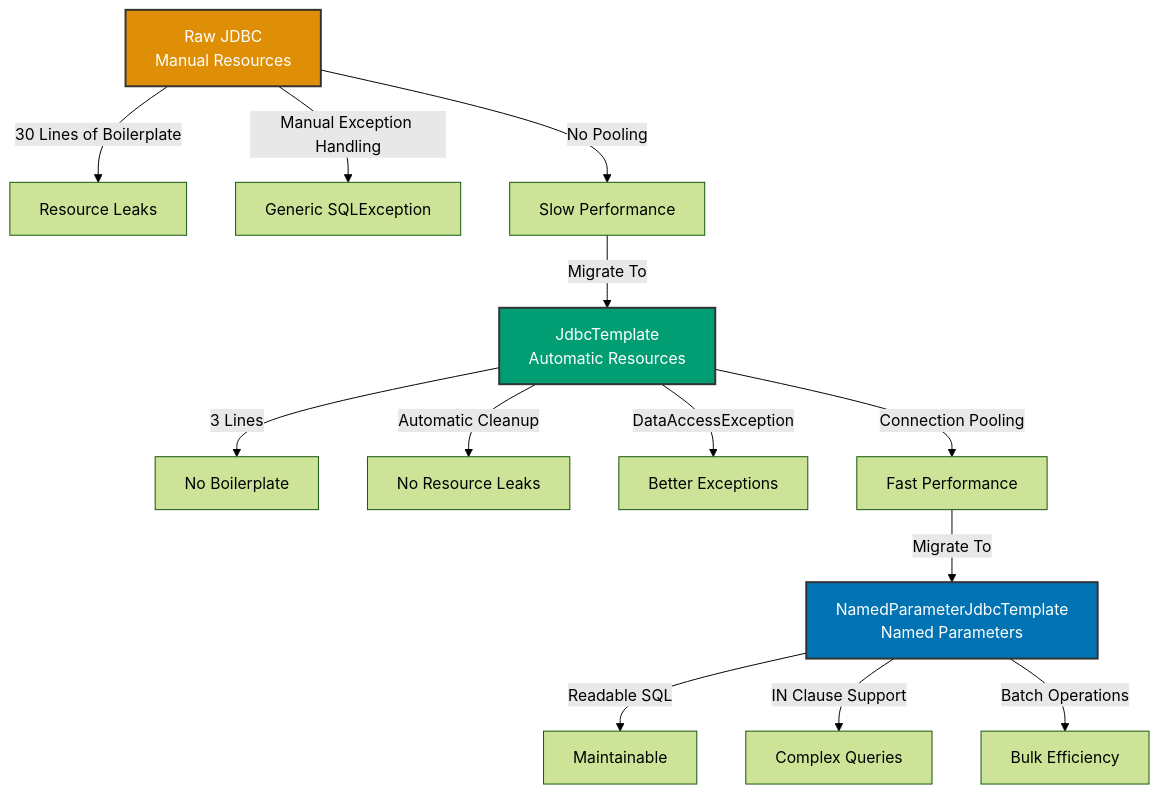
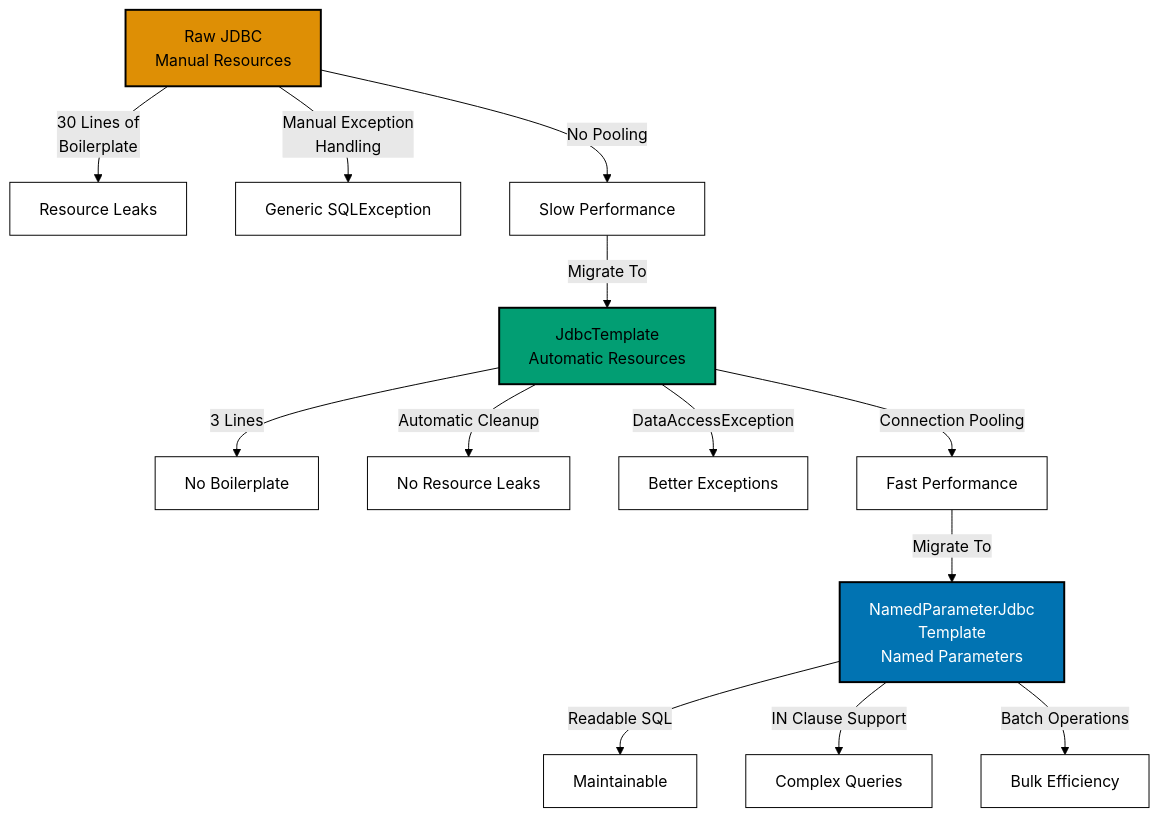
Before and after one commit to wahidyankf/ose-public: the diagram in apps/ayokoding-www/content/en/learn/legacy/software-engineering/platforms/web/tools/jvm-spring/in-the-field/spring-jdbc.md, drawn with Mermaid (forest theme). The commit also changed 130 other files, not shown here.

First line of the commit message:
fix(mermaid): bring the legacy platforms diagrams onto the accessible palette

````diff
--- a/apps/ayokoding-www/content/en/learn/legacy/software-engineering/platforms/web/tools/jvm-spring/in-the-field/spring-jdbc.md
+++ b/apps/ayokoding-www/content/en/learn/legacy/software-engineering/platforms/web/tools/jvm-spring/in-the-field/spring-jdbc.md
@@ -371,21 +371,27 @@
 ```mermaid
 graph TD
-    A[Raw JDBC<br/>Manual Resources] -->|30 Lines of Boilerplate| B[Resource Leaks]
-    A -->|Manual Exception Handling| C[Generic SQLException]
+    accTitle: Progression Diagram
+    accDescr: Graph with 13 nodes and 12 connections. Nodes: Raw JDBC Manual Resources, Resource Leaks, Generic SQLException, Slow Performance, JdbcTemplate Automatic Resources, No Boilerplate, No Resource Leaks, Better Exceptions, Fast Performance, NamedParameterJdbc Template Named Parameters, Maintainable, Complex Queries, and 1 more. Connections: Raw JDBC Manual Resources to Resource Leaks (30 Lines of Boilerplate), Raw JDBC Manual Resources to Generic SQLException (Manual Exception Handling), Raw JDBC Manual Resources to Slow Performance (No Pooling), Slow Performance to JdbcTemplate Automatic Resources (Migrate To), JdbcTemplate Automatic Resources to No Boilerplate (3 Lines), JdbcTemplate Automatic Resources to No Resource Leaks (Automatic Cleanup), JdbcTemplate Automatic Resources to Better Exceptions (DataAccessException), JdbcTemplate Automatic Resources to Fast Performance (Connection Pooling), Fast Performance to NamedParameterJdbc Template Named Parameters (Migrate To), NamedParameterJdbc Template Named Parameters to Maintainable (Readable SQL), NamedParameterJdbc Template Named Parameters to Complex Queries (IN Clause Support), NamedParameterJdbc Template Named Parameters to Bulk Efficiency (Batch Operations).
+    A[Raw JDBC<br/>Manual Resources] -->|30 Lines of<br/>Boilerplate| B[Resource Leaks]
+    A -->|Manual Exception<br/>Handling| C[Generic SQLException]
     A -->|No Pooling| D[Slow Performance]
     D -->|Migrate To| E[JdbcTemplate<br/>Automatic Resources]
 
     E -->|3 Lines| F[No Boilerplate]
     E -->|Automatic Cleanup| G[No Resource Leaks]
     E -->|DataAccessException| H[Better Exceptions]
     E -->|Connection Pooling| I[Fast Performance]
-    I -->|Migrate To| J[NamedParameterJdbcTemplate<br/>Named Parameters]
+    I -->|Migrate To| J[NamedParameterJdbc<br/>Template<br/>Named Parameters]
 
     J -->|Readable SQL| K[Maintainable]
     J -->|IN Clause Support| L[Complex Queries]
     J -->|Batch Operations| M[Bulk Efficiency]
 
-    style A fill:#DE8F05,stroke:#333,stroke-width:2px,color:#fff
-    style E fill:#029E73,stroke:#333,stroke-width:2px,color:#fff
-    style J fill:#0173B2,stroke:#333,stroke-width:2px,color:#fff
+    classDef pal-DE8F05 fill:#DE8F05,stroke:#000000,color:#000000,stroke-width:2px
+    class A pal-DE8F05
+    classDef pal-029E73 fill:#029E73,stroke:#000000,color:#000000,stroke-width:2px
+    class E pal-029E73
+    classDef pal-0173B2 fill:#0173B2,stroke:#000000,color:#FFFFFF,stroke-width:2px
+    class J pal-0173B2
+    classDef default fill:#FFFFFF,stroke:#000000,color:#000000
 ```
````
